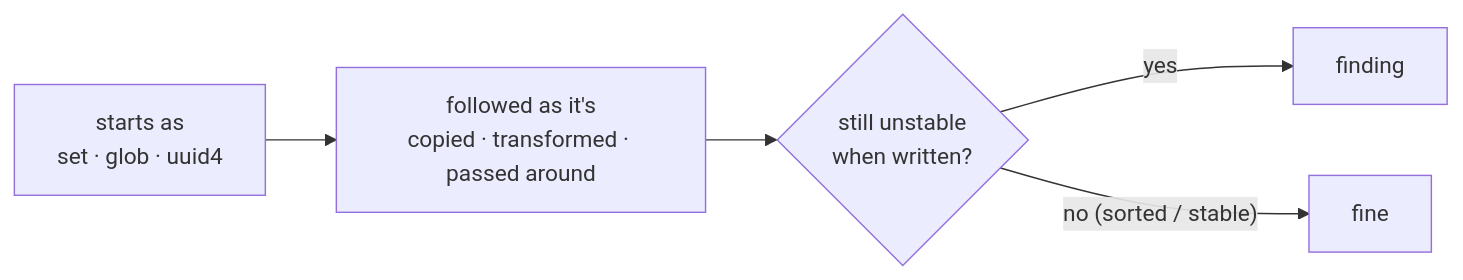
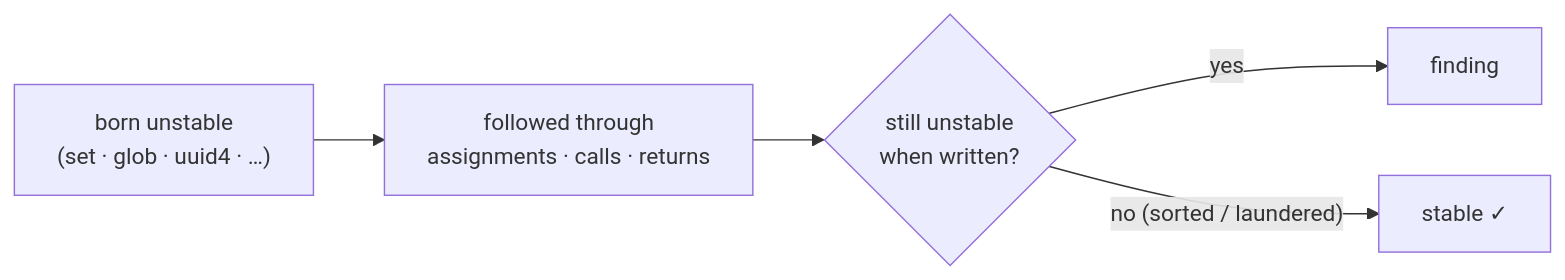
One commit to michaeldmitry/flaplint changed the first of 4 diagrams in docs/architecture.md. Above: the diagram before and after it, drawn with Mermaid. The commit also changed other lines of this file and 6 other files, not shown here.

````diff
--- a/docs/architecture.md
+++ b/docs/architecture.md
@@ -23,7 +13,7 @@
 ```mermaid
 flowchart LR
-    S["starts as<br/>set · glob · uuid4"] --> P["followed as it's<br/>copied · transformed · passed around"]
+    S["born unstable<br/>(set · glob · uuid4 · …)"] --> P["followed through<br/>assignments · calls · returns"]
     P --> K{still unstable<br/>when written?}
-    K -- yes --> F[finding]
-    K -- "no (sorted / stable)" --> OK[fine]
+    K -- yes --> F["finding"]
+    K -- "no (sorted / laundered)" --> OK["stable ✓"]
 ```
````
